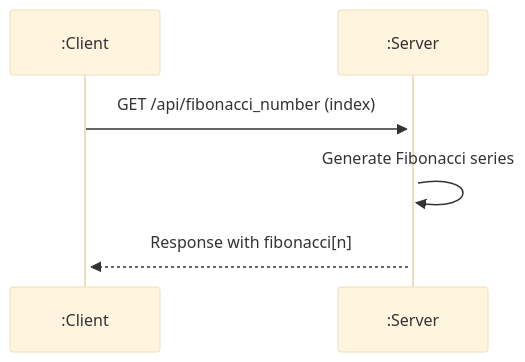
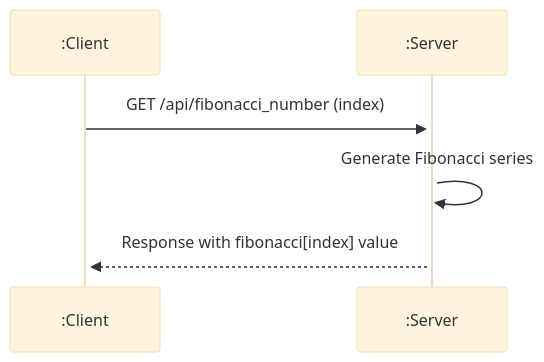
One commit to rastangineer/fibonacci-rest-api changed the diagram in README.md. Above: the diagram before and after it, drawn with Mermaid (base theme).

````diff
--- a/README.md
+++ b/README.md
@@ -20,9 +20,9 @@
    ```mermaid
    sequenceDiagram
    participant C as :Client
    participant S as :Server
 
    C ->>+ S: GET /api/fibonacci_number (index)
    S ->>+ S: Generate Fibonacci series
-   S -->>+ C: Response with fibonacci[n]
+   S -->>+ C: Response with fibonacci[index] value
    ```
````
